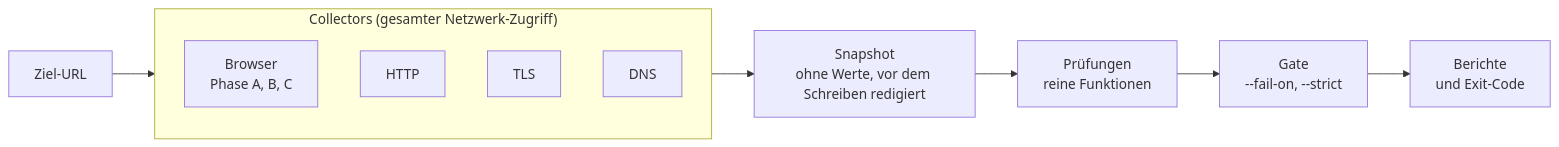
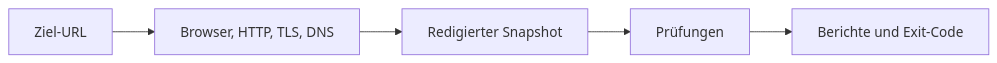
The diagram in README.md (seed-factory/dsgvo-check), drawn with Mermaid before and after one commit. The commit also changed other lines of this file and 228 other files, not shown here.

````diff
--- a/README.md
+++ b/README.md
@@ -451,15 +90,7 @@
 ```mermaid
 flowchart LR
-    target["Ziel-URL"] --> collectors
-    subgraph collectors["Collectors (gesamter Netzwerk-Zugriff)"]
-        direction TB
-        br["Browser<br/>Phase A, B, C"]
-        ht["HTTP"]
-        tl["TLS"]
-        dn["DNS"]
-    end
-    collectors --> snap["Snapshot<br/>ohne Werte, vor dem Schreiben redigiert"]
-    snap --> checks["Prüfungen<br/>reine Funktionen"]
-    checks --> gate["Gate<br/>--fail-on, --strict"]
-    gate --> result["Berichte<br/>und Exit-Code"]
+    URL["Ziel-URL"] --> Collect["Browser, HTTP, TLS, DNS"]
+    Collect --> Snapshot["Redigierter Snapshot"]
+    Snapshot --> Checks["Prüfungen"]
+    Checks --> Report["Berichte und Exit-Code"]
 ```
````
